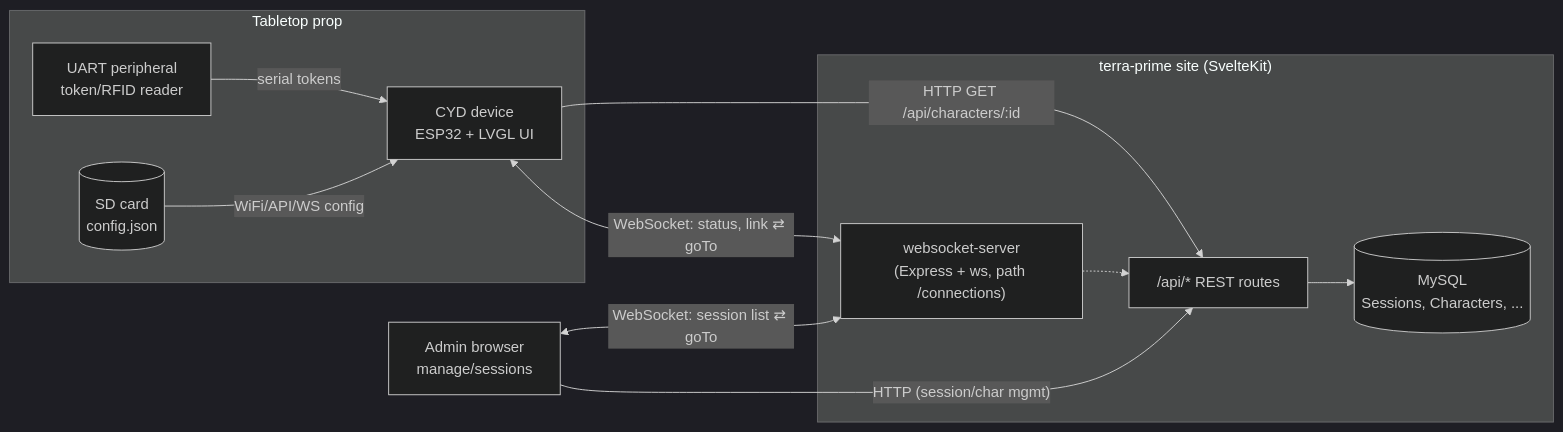
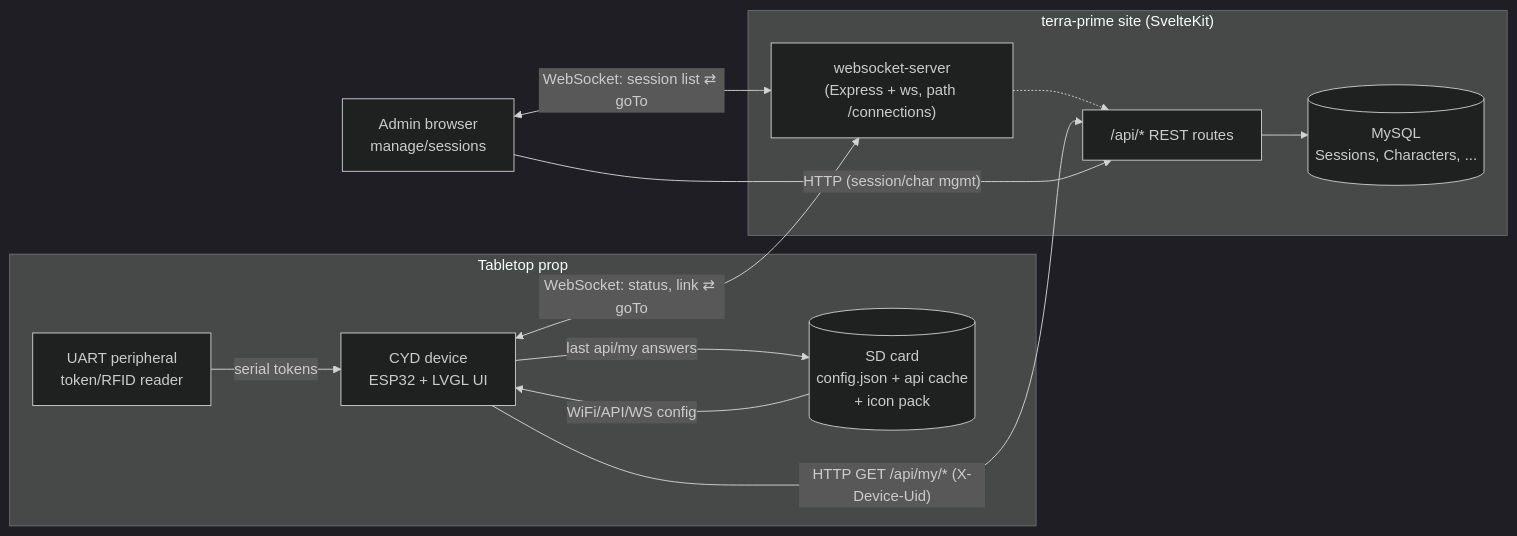
Before and after one commit to yodivdhende/terra-prime: the first of 7 diagrams in docs/CYD_DESIGN.md, drawn with Mermaid (dark theme). The commit also changed other lines of this file and 60 other files, not shown here.

````diff
--- a/docs/CYD_DESIGN.md
+++ b/docs/CYD_DESIGN.md
@@ -36,25 +36,26 @@
 ```mermaid
 flowchart LR
     subgraph Table["Tabletop prop"]
         UART[UART peripheral\ntoken/RFID reader]
-        SD[(SD card\nconfig.json)]
+        SD[(SD card\nconfig.json + api cache\n+ icon pack)]
         CYD["CYD device\nESP32 + LVGL UI"]
         UART -- "serial tokens" --> CYD
         SD -- "WiFi/API/WS config" --> CYD
+        CYD -- "last api/my answers" --> SD
     end
 
     subgraph Site["terra-prime site (SvelteKit)"]
         API["/api/* REST routes"]
         WS["websocket-server\n(Express + ws, path /connections)"]
         DB[(MySQL\nSessions, Characters, ...)]
         API --> DB
         WS -.-> API
     end
 
     Admin["Admin browser\nmanage/sessions"]
 
-    CYD -- "HTTP GET /api/characters/:id" --> API
+    CYD -- "HTTP GET /api/my/* (X-Device-Uid)" --> API
     CYD <-- "WebSocket: status, link ⇄ goTo" --> WS
     Admin <-- "WebSocket: session list ⇄ goTo" --> WS
     Admin -- "HTTP (session/char mgmt)" --> API
 ```
````
